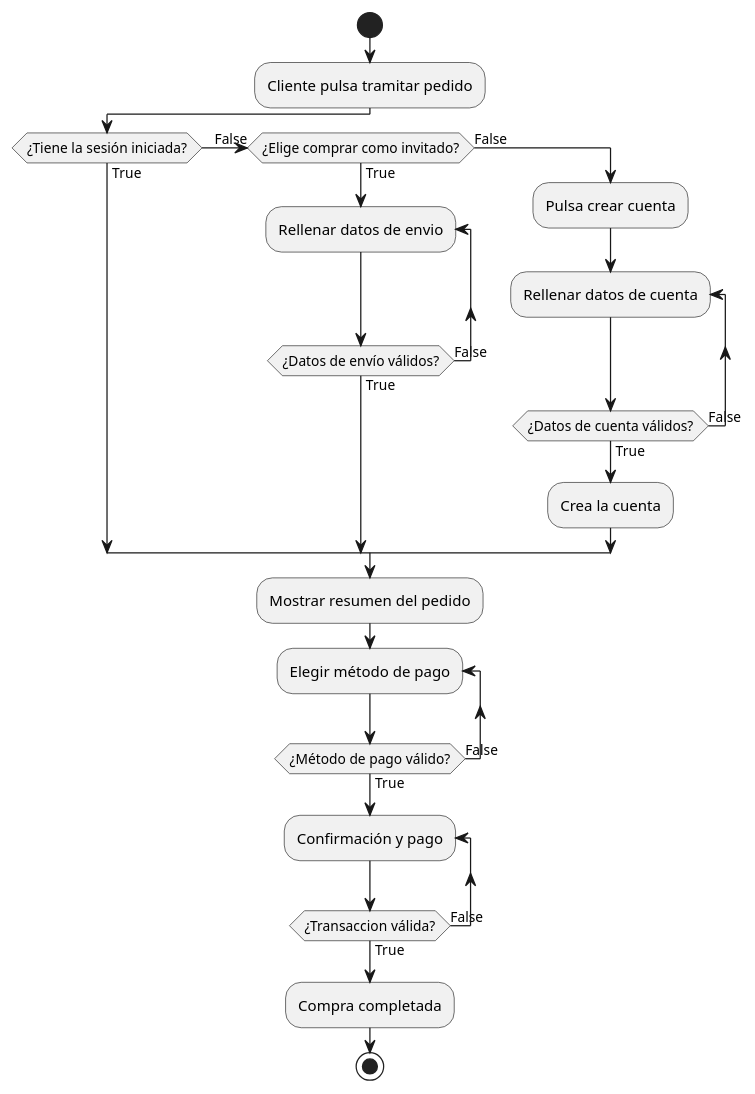
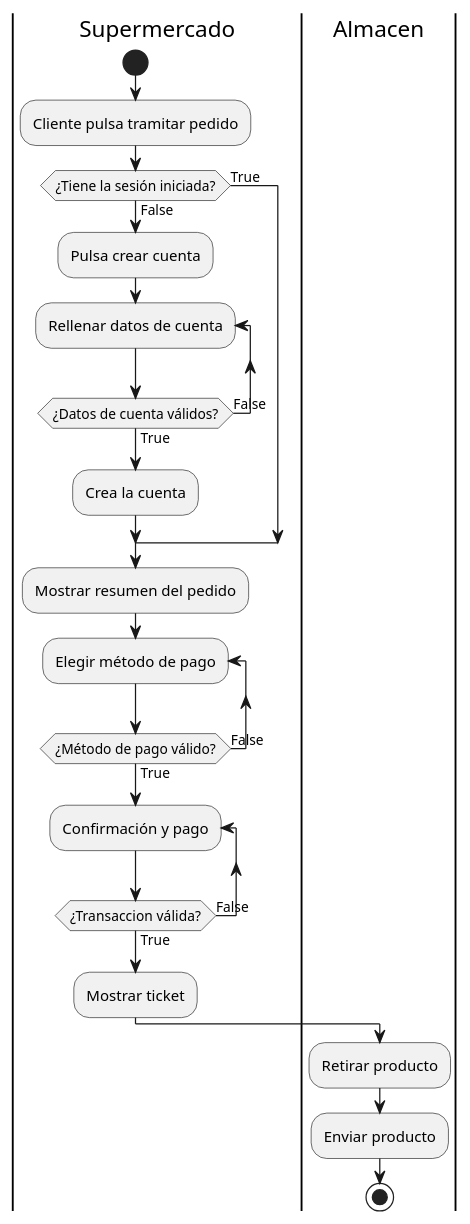
One commit to mramiroz/Proyecto-Julian changed the diagram in docs/analisis/Diagrama.md. Above: the diagram before and after it, drawn with PlantUML. The commit also changed 1 other file, not shown here.

Commit message:
Diagrama de actividad actualizado

```diff
--- a/docs/analisis/Diagrama.md
+++ b/docs/analisis/Diagrama.md
@@ -1,21 +1,24 @@
 @startuml
+skinparam ConditionEndStyle hline
+|Supermercado|
 start
 :Cliente pulsa tramitar pedido;
 if (¿Tiene la sesión iniciada?) then (True) 
-  (False) elseif (¿Elige comprar como invitado?) then (True)
-  repeat :Rellenar datos de envio; 
-  repeat while(¿Datos de envío válidos?) is (False) not (True)
   else (False)
   :Pulsa crear cuenta;
   repeat :Rellenar datos de cuenta;
   repeat while (¿Datos de cuenta válidos?) is (False) not (True)
   :Crea la cuenta;
   endif
   :Mostrar resumen del pedido;
   repeat :Elegir método de pago;
   repeat while (¿Método de pago válido?) is (False) not (True)
   repeat :Confirmación y pago;
   repeat while (¿Transaccion válida?) is (False) not (True)
-  :Compra completada;
+  |Supermercado|
+  :Mostrar ticket;
+  |Almacen|
+  :Retirar producto;
+  :Enviar producto;
 stop
 @enduml
```
